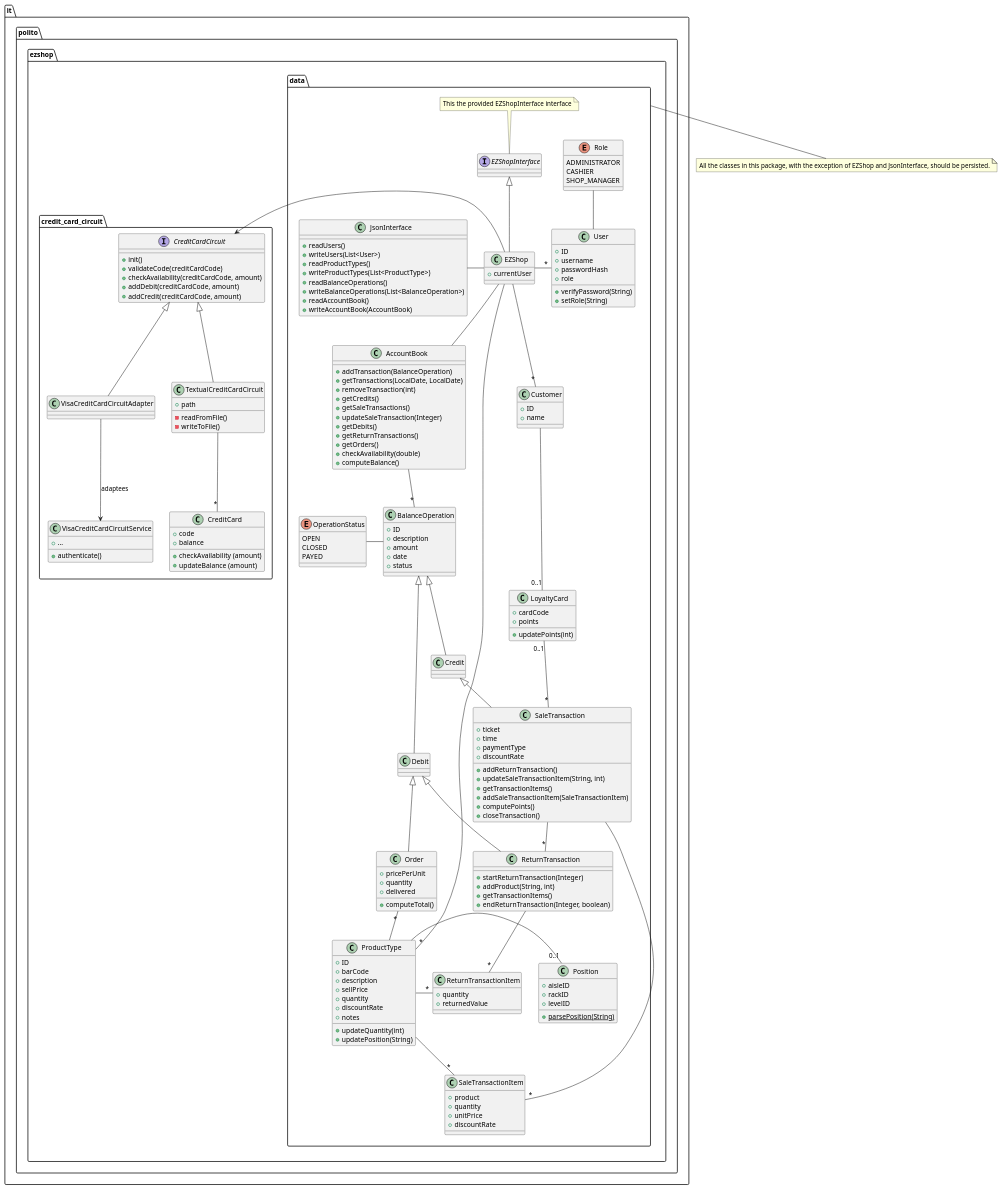
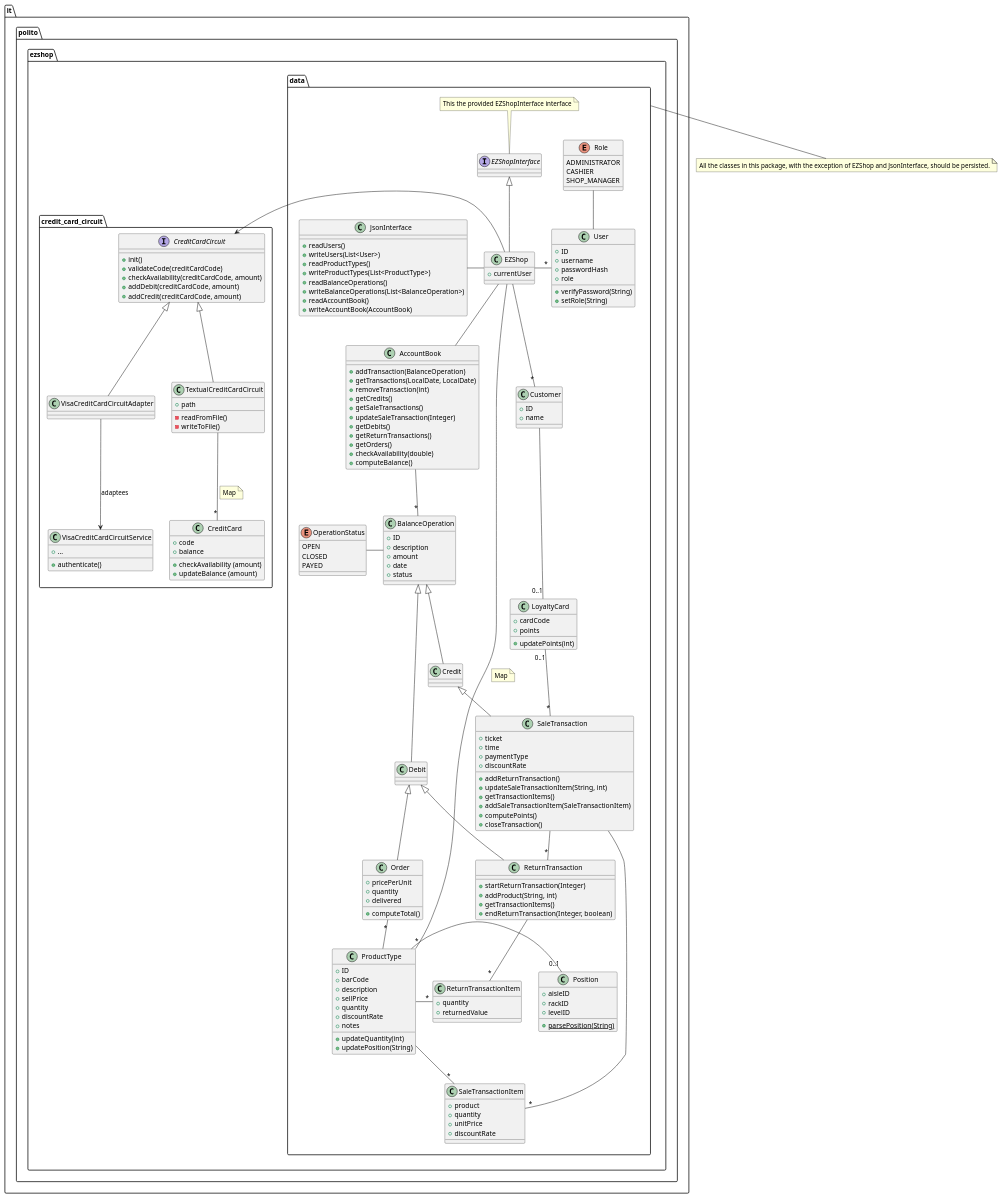
The third of 13 diagrams in Deliverables/DesignDocument.md (polito-se2-21-r03/se1-ezshop), drawn with PlantUML before and after one commit.

Commit message:
Add the type of two associations

```diff
--- a/Deliverables/DesignDocument.md
+++ b/Deliverables/DesignDocument.md
@@ -133,6 +133,9 @@
 EZShop -right- "*" User
 EZShop -- AccountBook
 EZShop -down--- "*" ProductType
+note right on link
+Map
+end note
 
 class User {
     + ID
@@ -317,6 +320,9 @@
     }
 
     CreditCard "*" -up- TextualCreditCardCircuit
+    note right on link
+    Map
+    end note
 
     class VisaCreditCardCircuitAdapter {}
 
```
